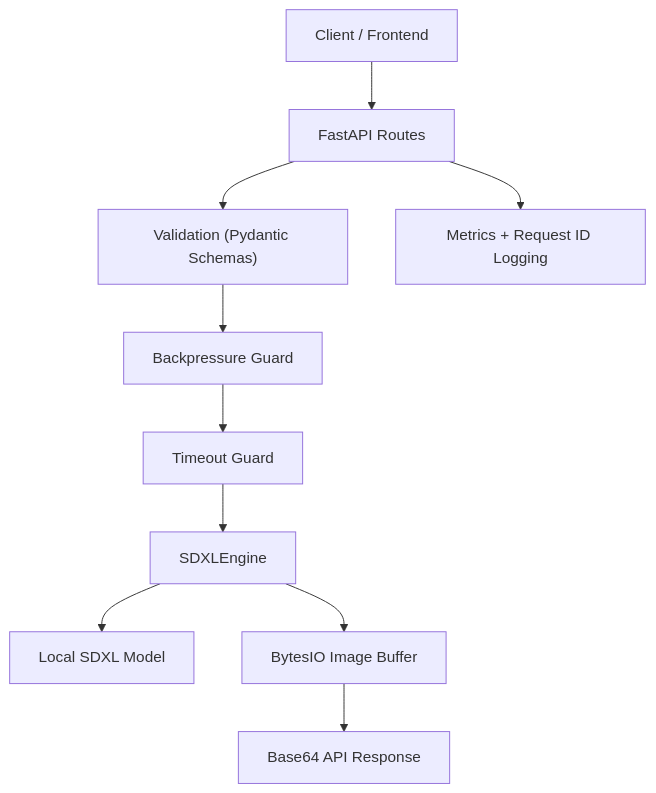
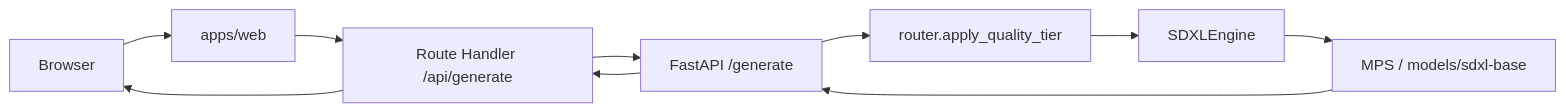
The diagram in README.md (kirank93611/vid-gen-sdxl-pipe), drawn with Mermaid before and after one commit. The commit also changed other lines of this file and 4 other files, not shown here.

Commit message:
README.md ARCHITECTURE.md apps/web/README.md packages/README.md .cursor/rules/monorepo-layout.mdc

````diff
--- a/README.md
+++ b/README.md
@@ -53,12 +81,12 @@
 ```mermaid
-flowchart TD
-    A["Client / Frontend"] --> B["FastAPI Routes"]
-    B --> C["Validation (Pydantic Schemas)"]
-    C --> D["Backpressure Guard"]
-    D --> E["Timeout Guard"]
-    E --> F["SDXLEngine"]
-    F --> G["Local SDXL Model"]
-    F --> I["BytesIO Image Buffer"]
-    I --> J["Base64 API Response"]
-    B --> K["Metrics + Request ID Logging"]
+flowchart LR
+    Browser --> Next["apps/web"]
+    Next --> Proxy["Route Handler /api/generate"]
+    Proxy --> API["FastAPI /generate"]
+    API --> Tier["router.apply_quality_tier"]
+    Tier --> Engine["SDXLEngine"]
+    Engine --> MPS["MPS / models/sdxl-base"]
+    MPS --> API
+    API --> Proxy
+    Proxy --> Browser
 ```
````
